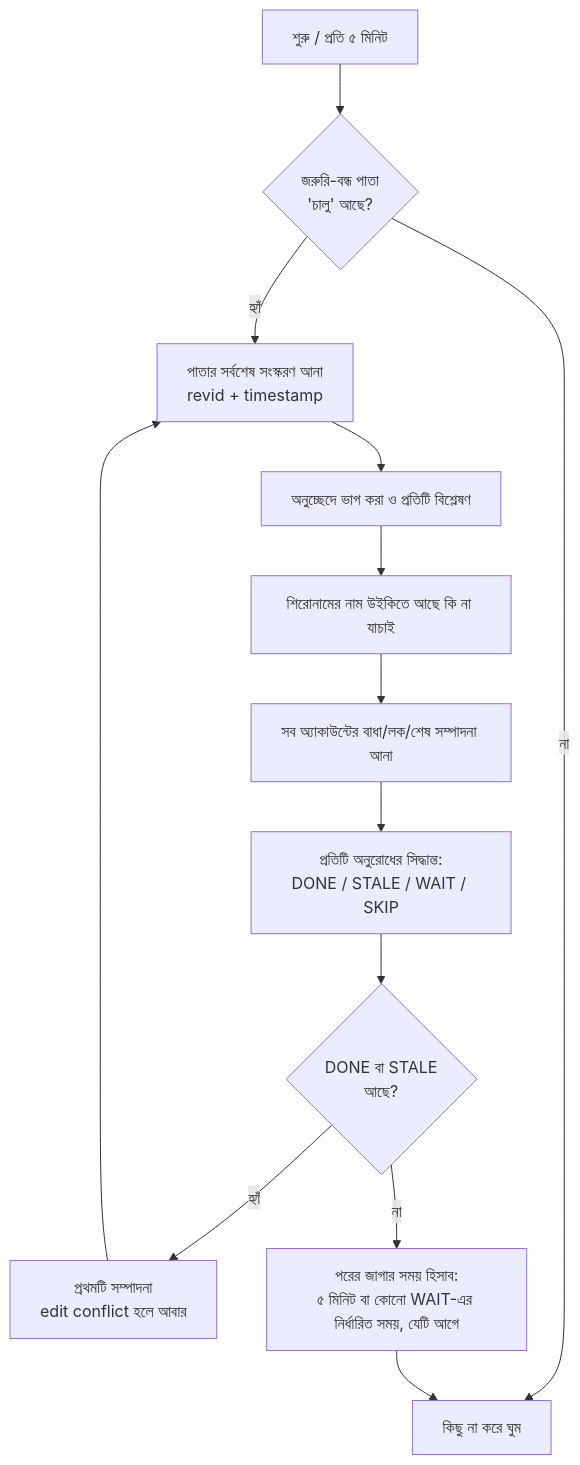
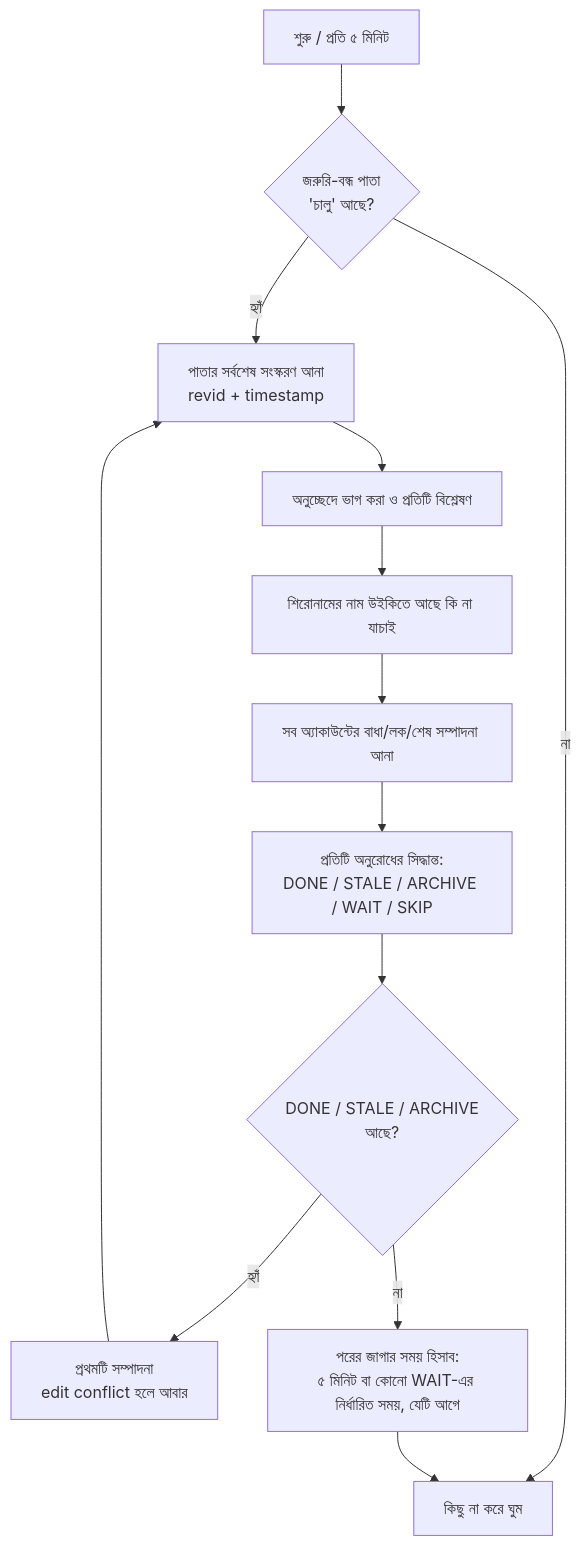
Before and after one commit to shakil-mdshosen/AdminHelperBOT: the diagram in docs/how-it-works.md, drawn with Mermaid. The commit also changed other lines of this file and 20 other files, not shown here.

````diff
--- a/docs/how-it-works.md
+++ b/docs/how-it-works.md
@@ -38,15 +39,15 @@
 ```mermaid
 flowchart TD
     A[শুরু / প্রতি ৫ মিনিট] --> B{জরুরি-বন্ধ পাতা<br/>'চালু' আছে?}
     B -- না --> Z[কিছু না করে ঘুম]
     B -- হ্যাঁ --> C[পাতার সর্বশেষ সংস্করণ আনা<br/>revid + timestamp]
     C --> D[অনুচ্ছেদে ভাগ করা ও প্রতিটি বিশ্লেষণ]
     D --> E[শিরোনামের নাম উইকিতে আছে কি না যাচাই]
     E --> F[সব অ্যাকাউন্টের বাধা/লক/শেষ সম্পাদনা আনা]
-    F --> G[প্রতিটি অনুরোধের সিদ্ধান্ত:<br/>DONE / STALE / WAIT / SKIP]
-    G --> H{DONE বা STALE<br/>আছে?}
+    F --> G[প্রতিটি অনুরোধের সিদ্ধান্ত:<br/>DONE / STALE / ARCHIVE / WAIT / SKIP]
+    G --> H{DONE / STALE / ARCHIVE<br/>আছে?}
     H -- হ্যাঁ --> I[প্রথমটি সম্পাদনা<br/>edit conflict হলে আবার]
     I --> C
     H -- না --> J[পরের জাগার সময় হিসাব:<br/>৫ মিনিট বা কোনো WAIT-এর নির্ধারিত সময়, যেটি আগে]
     J --> Z
 ```
````
